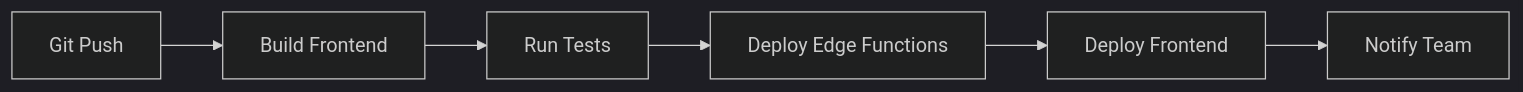
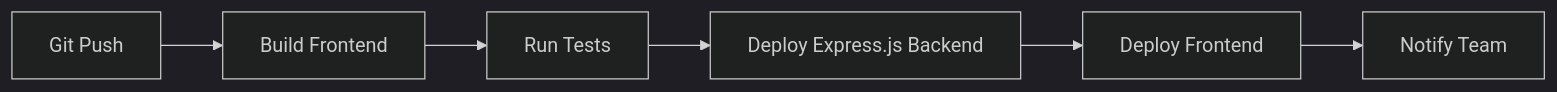
Before and after one commit to Recon-X2025/guardian-flow: the second of 3 diagrams in docs/DEPLOYMENT_ENVIRONMENT_SETUP_2025-11-01.md, drawn with Mermaid (dark theme). The commit also changed other lines of this file and 361 other files, not shown here.

````diff
--- a/docs/DEPLOYMENT_ENVIRONMENT_SETUP_2025-11-01.md
+++ b/docs/DEPLOYMENT_ENVIRONMENT_SETUP_2025-11-01.md
@@ -308,8 +304,8 @@
 ```mermaid
 graph LR
     PUSH[Git Push] --> BUILD[Build Frontend]
     BUILD --> TEST[Run Tests]
-    TEST --> DEPLOY_FUNCTIONS[Deploy Edge Functions]
+    TEST --> DEPLOY_FUNCTIONS[Deploy Express.js Backend]
     DEPLOY_FUNCTIONS --> DEPLOY_FRONTEND[Deploy Frontend]
     DEPLOY_FRONTEND --> NOTIFY[Notify Team]
 ```
````
